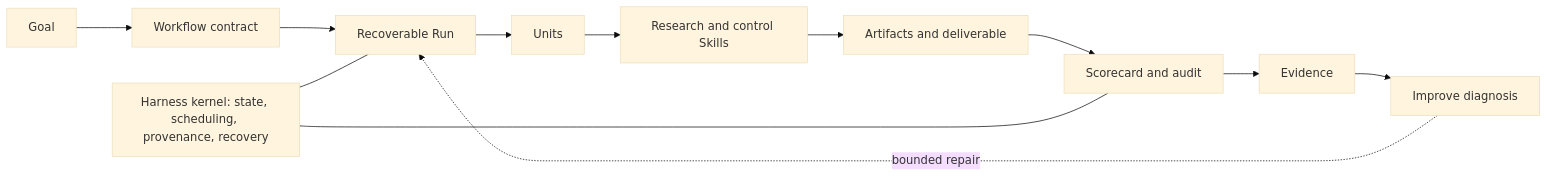
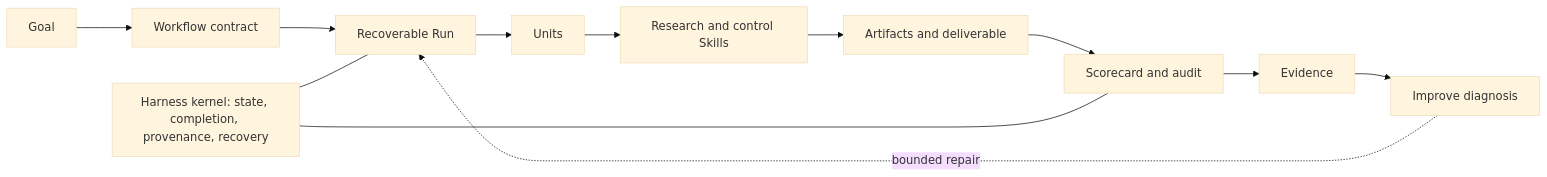
One commit to WILLOSCAR/research-units-pipeline-skills changed the diagram in README.md. Above: the diagram before and after it, drawn with Mermaid (base theme). The commit also changed other lines of this file and 59 other files, not shown here.

````diff
--- a/README.md
+++ b/README.md
@@ -118,15 +127,15 @@
 ```mermaid
 flowchart LR
     G["Goal"] --> W["Workflow contract"]
     W --> R["Recoverable Run"]
     R --> U["Units"]
     U --> S["Research and control Skills"]
     S --> A["Artifacts and deliverable"]
     A --> Q["Scorecard and audit"]
     Q --> E["Evidence"]
     E --> I["Improve diagnosis"]
     I -. "bounded repair" .-> R
 
-    H["Harness kernel: state, scheduling, provenance, recovery"] --- R
+    H["Harness kernel: state, completion, provenance, recovery"] --- R
     H --- Q
 ```
````
